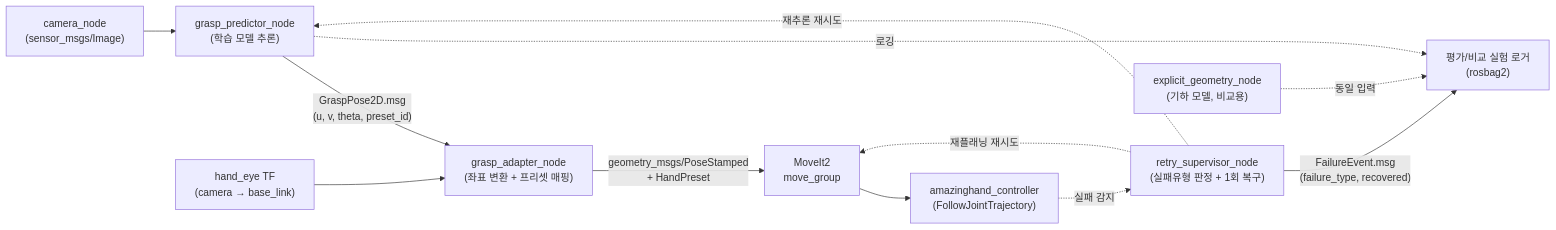
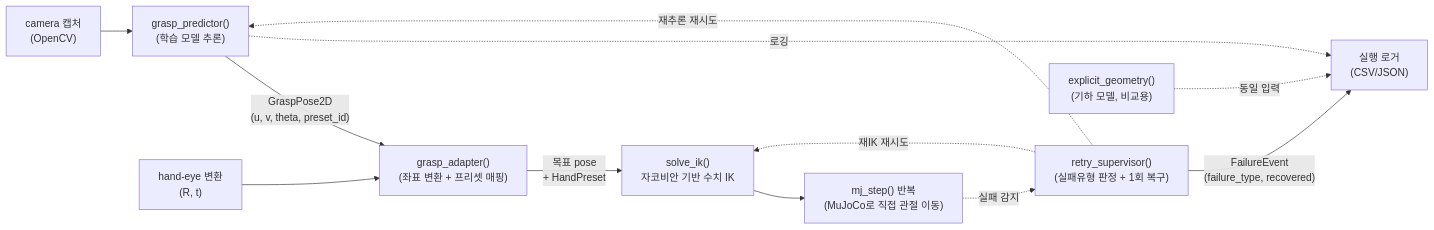
The second of 2 diagrams in docs/grip-angle-auto-search.md (vpfmtldk/first-repository), drawn with Mermaid before and after one commit. The commit also changed other lines of this file, not shown here.

````diff
--- a/docs/grip-angle-auto-search.md
+++ b/docs/grip-angle-auto-search.md
@@ -170,14 +172,14 @@
 ```mermaid
 flowchart LR
-    CAM["camera_node\n(sensor_msgs/Image)"] --> INFER["grasp_predictor_node\n(학습 모델 추론)"]
-    INFER -->|"GraspPose2D.msg\n(u, v, theta, preset_id)"| ADAPT["grasp_adapter_node\n(좌표 변환 + 프리셋 매핑)"]
-    TF["hand_eye TF\n(camera → base_link)"] --> ADAPT
-    ADAPT -->|"geometry_msgs/PoseStamped\n+ HandPreset"| MOVEIT["MoveIt2\nmove_group"]
-    MOVEIT --> EXEC["amazinghand_controller\n(FollowJointTrajectory)"]
-    EXEC -.실패 감지.-> SUP["retry_supervisor_node\n(실패유형 판정 + 1회 복구)"]
+    CAM["camera 캡처\n(OpenCV)"] --> INFER["grasp_predictor()\n(학습 모델 추론)"]
+    INFER -->|"GraspPose2D\n(u, v, theta, preset_id)"| ADAPT["grasp_adapter()\n(좌표 변환 + 프리셋 매핑)"]
+    CALIB["hand-eye 변환\n(R, t)"] --> ADAPT
+    ADAPT -->|"목표 pose\n+ HandPreset"| IK["solve_ik()\n자코비안 기반 수치 IK"]
+    IK --> EXEC["mj_step() 반복\n(MuJoCo로 직접 관절 이동)"]
+    EXEC -.실패 감지.-> SUP["retry_supervisor()\n(실패유형 판정 + 1회 복구)"]
     SUP -.재추론 재시도.-> INFER
-    SUP -.재플래닝 재시도.-> MOVEIT
-    INFER -.로깅.-> LOG["평가/비교 실험 로거\n(rosbag2)"]
-    SUP -->|"FailureEvent.msg\n(failure_type, recovered)"| LOG
-    GEOM["explicit_geometry_node\n(기하 모델, 비교용)"] -.동일 입력.-> LOG
+    SUP -.재IK 재시도.-> IK
+    INFER -.로깅.-> LOG["실행 로거\n(CSV/JSON)"]
+    SUP -->|"FailureEvent\n(failure_type, recovered)"| LOG
+    GEOM["explicit_geometry()\n(기하 모델, 비교용)"] -.동일 입력.-> LOG
 ```
````
